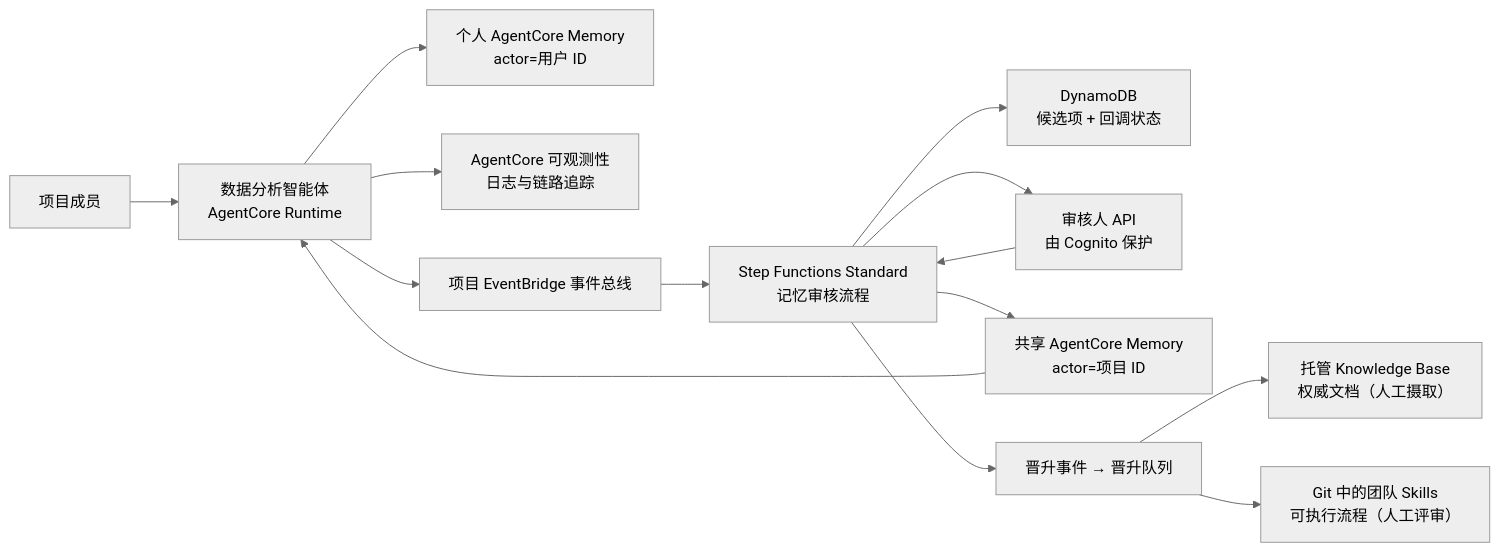
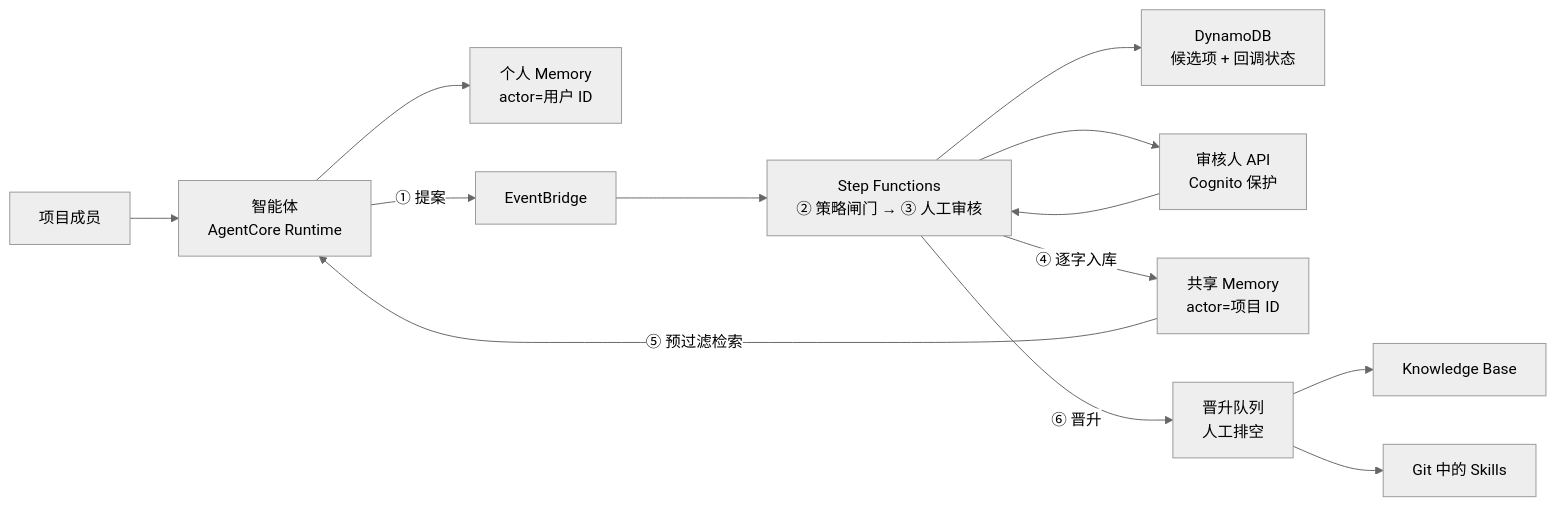
Before and after one commit to ericyanpek/agentcore-memory-blueprint: the diagram in README.md, drawn with Mermaid (neutral theme). The commit also changed other lines of this file and 1 other file, not shown here.

````diff
--- a/README.md
+++ b/README.md
@@ -191,16 +20,15 @@
 ```mermaid
 flowchart LR
-    U["项目成员"] --> A["数据分析智能体<br/>AgentCore Runtime"]
-    A --> PM["个人 AgentCore Memory<br/>actor=用户 ID"]
-    A --> O["AgentCore 可观测性<br/>日志与链路追踪"]
-    A --> EB["项目 EventBridge 事件总线"]
-    EB --> SF["Step Functions Standard<br/>记忆审核流程"]
+    U["项目成员"] --> A["智能体<br/>AgentCore Runtime"]
+    A --> PM["个人 Memory<br/>actor=用户 ID"]
+    A -->|"① 提案"| EB["EventBridge"]
+    EB --> SF["Step Functions<br/>② 策略闸门 → ③ 人工审核"]
     SF --> DDB["DynamoDB<br/>候选项 + 回调状态"]
-    SF --> R["审核人 API<br/>由 Cognito 保护"]
+    SF --> R["审核人 API<br/>Cognito 保护"]
     R --> SF
-    SF --> SM["共享 AgentCore Memory<br/>actor=项目 ID"]
-    SM --> A
-    SF --> P["晋升事件 → 晋升队列"]
-    P --> KB["托管 Knowledge Base<br/>权威文档（人工摄取）"]
-    P --> SK["Git 中的团队 Skills<br/>可执行流程（人工评审）"]
+    SF -->|"④ 逐字入库"| SM["共享 Memory<br/>actor=项目 ID"]
+    SM -->|"⑤ 预过滤检索"| A
+    SF -->|"⑥ 晋升"| P["晋升队列<br/>人工排空"]
+    P --> KB["Knowledge Base"]
+    P --> SK["Git 中的 Skills"]
 ```
````
